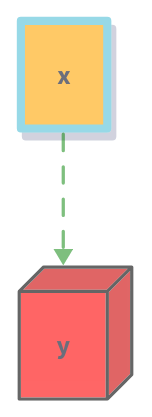
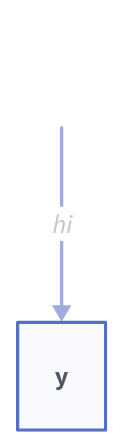
Before and after one commit to terrastruct/d2-docs: the first of 13 diagrams in docs/tour/style.md, drawn with D2. The commit also changed other lines of this file and 63 other files, not shown here.

````diff
--- a/docs/tour/style.md
+++ b/docs/tour/style.md
@@ -5,29 +35,9 @@
 ```d2
-x: {
+x -> y: hi {
   style: {
-    opacity: 0.6
-    fill: orange
-    stroke: "#53C0D8"
-    stroke-width: 5
-    shadow: true
+    opacity: 0.4
   }
 }
-
-y: {
-  style: {
-    opacity: 0.6
-    fill: red
-    3d: true
-    stroke: black
-  }
-}
-
-x -> y: {
-  style: {
-    stroke: green
-    opacity: 0.5
-    stroke-width: 2
-    stroke-dash: 5
-  }
-}
+x.style.opacity: 0
+y.style.opacity: 0.7
 ```
````
